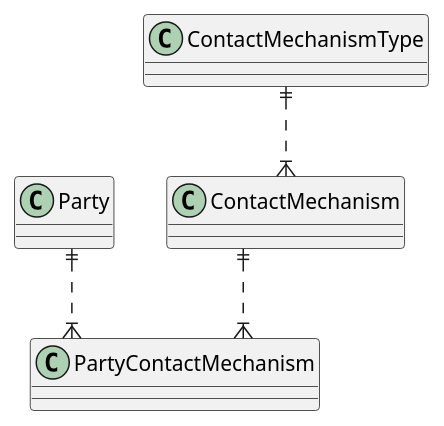
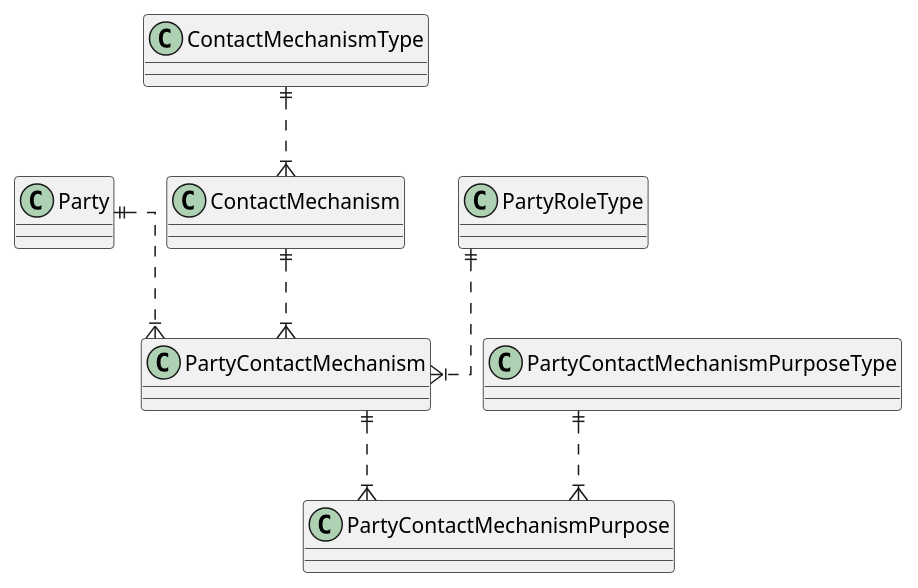
Before and after one commit to ErpMicroServices/people_and_organizations-database: the diagram in ERD/PartyContactMechanism.puml, drawn with PlantUML.

Commit message:
Party Contact Mechanism expanded

```diff
--- a/ERD/PartyContactMechanism.puml
+++ b/ERD/PartyContactMechanism.puml
@@ -1,12 +1,15 @@
 @startuml
 ' hide the spot
 ' hide circle
 
 ' avoid problems with angled crows feet
 skinparam linetype ortho
 
 Party ||..|{ PartyContactMechanism
 ContactMechanism ||..|{ PartyContactMechanism
 ContactMechanismType ||..|{ ContactMechanism
+PartyContactMechanism ||..|{ PartyContactMechanismPurpose
+PartyContactMechanismPurposeType ||..|{ PartyContactMechanismPurpose
+PartyRoleType ||..|{ PartyContactMechanism
 
 @enduml
```
